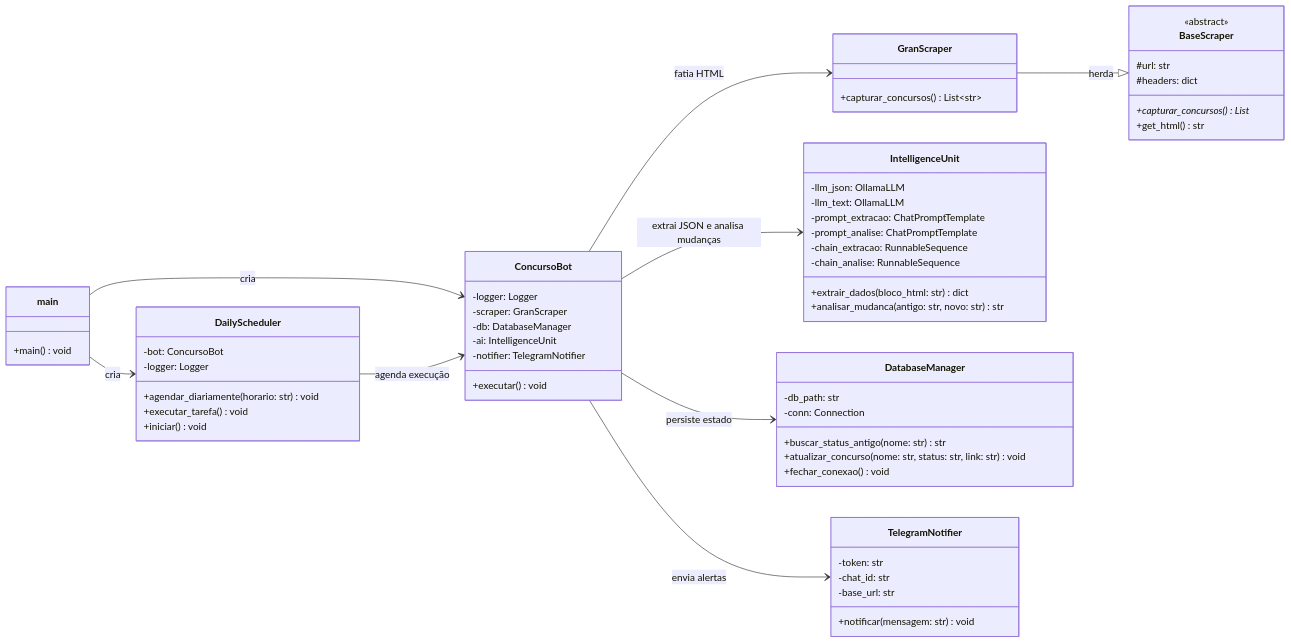
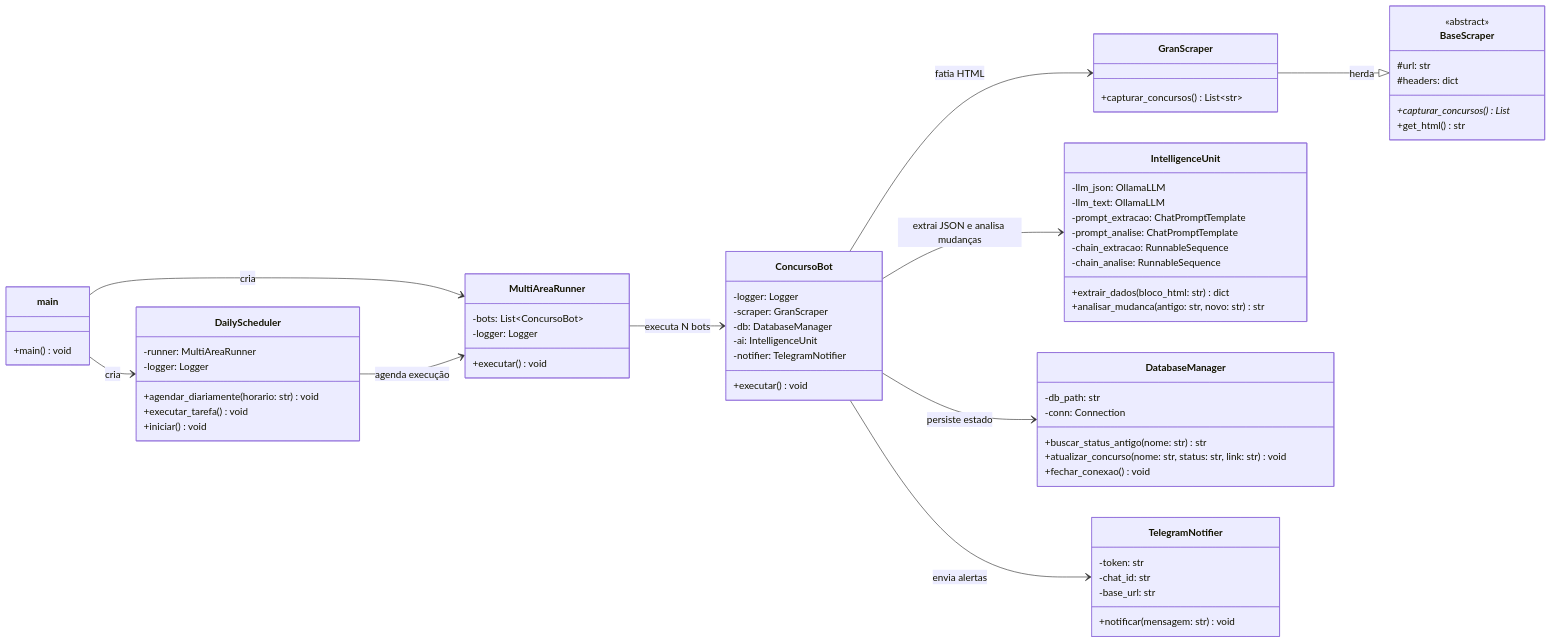
One commit to lucasmsorrentino/monitor_concursos_ti changed the diagram in README.md. Above: the diagram before and after it, drawn with Mermaid. The commit also changed other lines of this file and 4 other files, not shown here.

First line of the commit message:
fix: corrige scraper multi-area e atualiza docs

````diff
--- a/README.md
+++ b/README.md
@@ -80,72 +81,79 @@
 ```mermaid
 classDiagram
     direction LR
 
     class main {
         +main() void
     }
 
     class ConcursoBot {
         -logger: Logger
         -scraper: GranScraper
         -db: DatabaseManager
         -ai: IntelligenceUnit
         -notifier: TelegramNotifier
         +executar() void
     }
 
     class BaseScraper {
         <<abstract>>
         #url: str
         #headers: dict
         +capturar_concursos()* List
         +get_html() str
     }
 
     class GranScraper {
         +capturar_concursos() List~str~
     }
 
     class IntelligenceUnit {
         -llm_json: OllamaLLM
         -llm_text: OllamaLLM
         -prompt_extracao: ChatPromptTemplate
         -prompt_analise: ChatPromptTemplate
         -chain_extracao: RunnableSequence
         -chain_analise: RunnableSequence
         +extrair_dados(bloco_html: str) dict
         +analisar_mudanca(antigo: str, novo: str) str
     }
 
     class DatabaseManager {
         -db_path: str
         -conn: Connection
         +buscar_status_antigo(nome: str) str
         +atualizar_concurso(nome: str, status: str, link: str) void
         +fechar_conexao() void
     }
 
     class TelegramNotifier {
         -token: str
         -chat_id: str
         -base_url: str
         +notificar(mensagem: str) void
     }
 
+    class MultiAreaRunner {
+        -bots: List~ConcursoBot~
+        -logger: Logger
+        +executar() void
+    }
+
     class DailyScheduler {
-        -bot: ConcursoBot
+        -runner: MultiAreaRunner
         -logger: Logger
         +agendar_diariamente(horario: str) void
         +executar_tarefa() void
         +iniciar() void
     }
 
-    main --> ConcursoBot : cria
+    main --> MultiAreaRunner : cria
     main --> DailyScheduler : cria
-    DailyScheduler --> ConcursoBot : agenda execução
+    MultiAreaRunner --> ConcursoBot : executa N bots
+    DailyScheduler --> MultiAreaRunner : agenda execução
     ConcursoBot --> GranScraper : fatia HTML
     ConcursoBot --> IntelligenceUnit : extrai JSON e analisa mudanças
     ConcursoBot --> DatabaseManager : persiste estado
     ConcursoBot --> TelegramNotifier : envia alertas
     GranScraper --|> BaseScraper : herda
 ```
````
